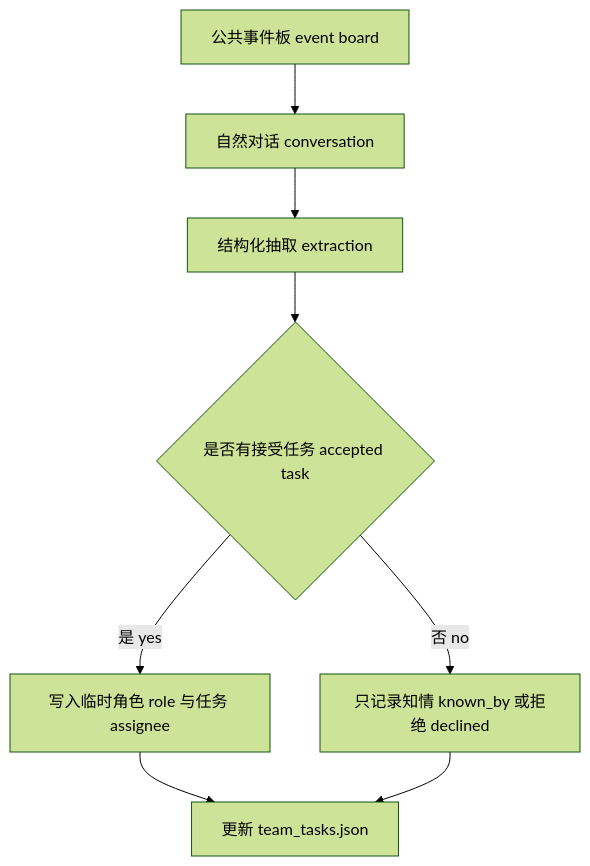
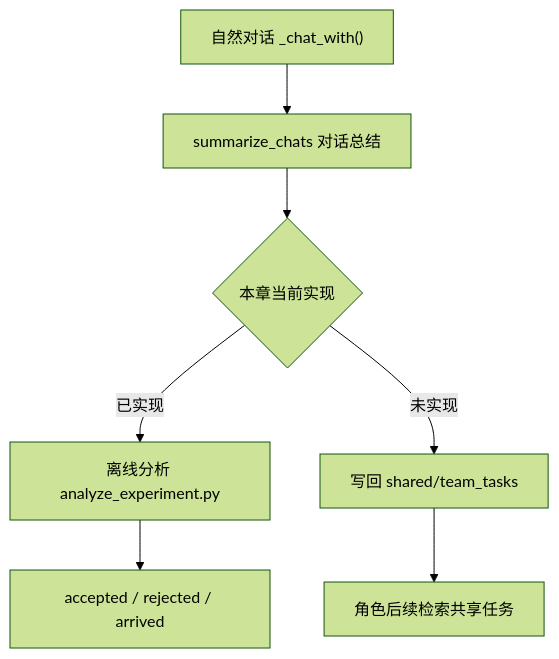
The fourth of 4 diagrams in docs/book/manuscript/part_05/chapter_35.md (tbkken/GenerativeAgentsCN), drawn with Mermaid (forest theme) before and after one commit. The commit also changed other lines of this file and 317 other files, not shown here.

````diff
--- a/docs/book/manuscript/part_05/chapter_35.md
+++ b/docs/book/manuscript/part_05/chapter_35.md
@@ -237,10 +245,9 @@
 ```mermaid
 flowchart TD
-    E["公共事件板 event board"] --> D["自然对话 conversation"]
-    D --> X["结构化抽取 extraction"]
-    X --> A{"是否有接受任务 accepted task"}
-    A -->|是 yes| R["写入临时角色 role 与任务 assignee"]
-    A -->|否 no| K["只记录知情 known_by 或拒绝 declined"]
-    R --> B["更新 team_tasks.json"]
-    K --> B
+    A["自然对话 _chat_with()"] --> B["summarize_chats 对话总结"]
+    B --> C{"本章当前实现"}
+    C -->|已实现| D["离线分析 analyze_experiment.py"]
+    D --> E["accepted / rejected / arrived"]
+    C -->|未实现| F["写回 shared/team_tasks"]
+    F --> G["角色后续检索共享任务"]
 ```
````
